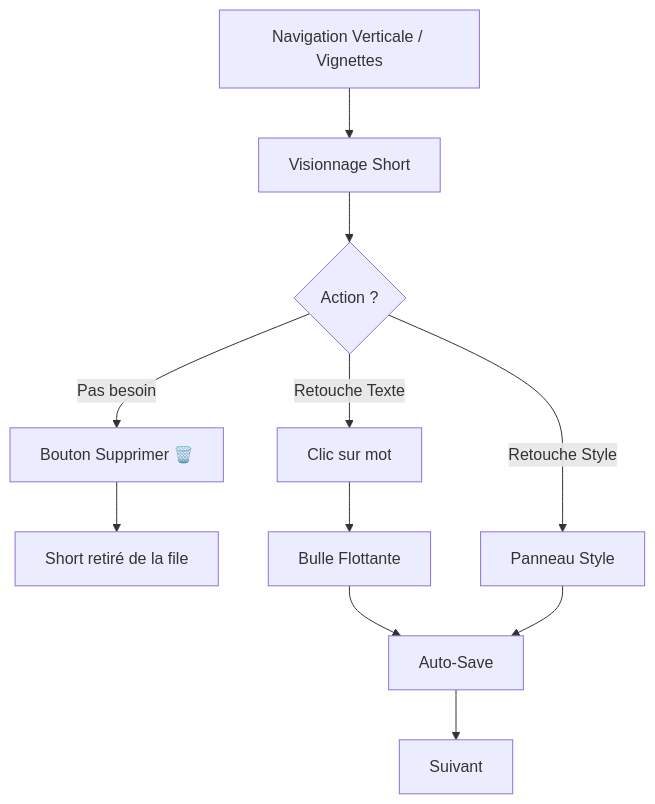
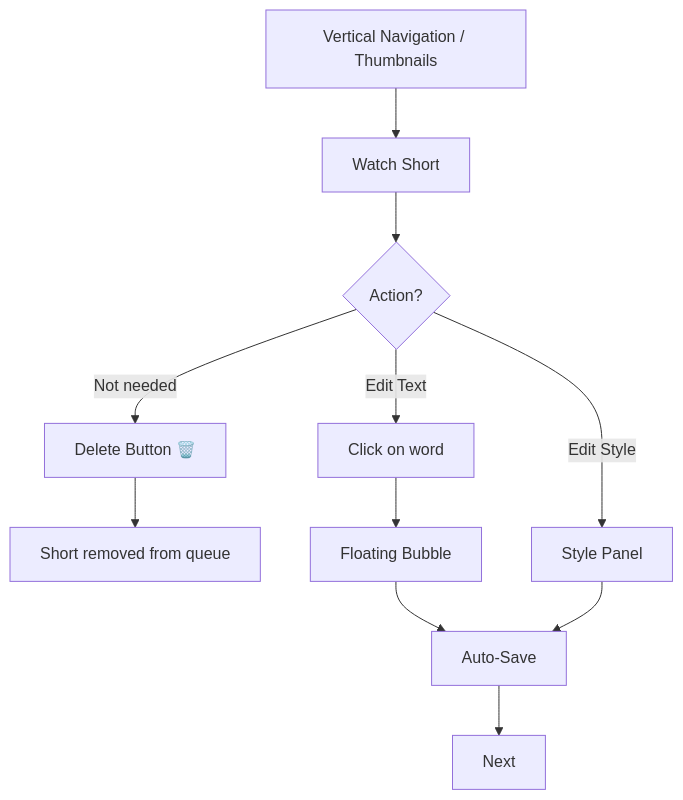
Before and after one commit to binomed/youtube-shorter-gemini: the first of 2 diagrams in _bmad-output/planning-artifacts/ux-design-specification.md, drawn with Mermaid. The commit also changed other lines of this file and 23 other files, not shown here.

Commit message:
feat: implement reactive job system and architectural consolidation

````diff
--- a/_bmad-output/planning-artifacts/ux-design-specification.md
+++ b/_bmad-output/planning-artifacts/ux-design-specification.md
@@ -56,13 +56,13 @@
 ```mermaid
 graph TD
-    A[Navigation Verticale / Vignettes] --> B[Visionnage Short]
-    B --> C{Action ?}
-    C -- Pas besoin --> D[Bouton Supprimer 🗑️]
-    D --> E[Short retiré de la file]
-    C -- Retouche Texte --> F[Clic sur mot]
-    F --> G[Bulle Flottante]
-    C -- Retouche Style --> H[Panneau Style]
+    A[Vertical Navigation / Thumbnails] --> B[Watch Short]
+    B --> C{Action?}
+    C -- Not needed --> D[Delete Button 🗑️]
+    D --> E[Short removed from queue]
+    C -- Edit Text --> F[Click on word]
+    F --> G[Floating Bubble]
+    C -- Edit Style --> H[Style Panel]
     G --> I[Auto-Save]
     H --> I
-    I --> J[Suivant]
+    I --> J[Next]
 ```
````
